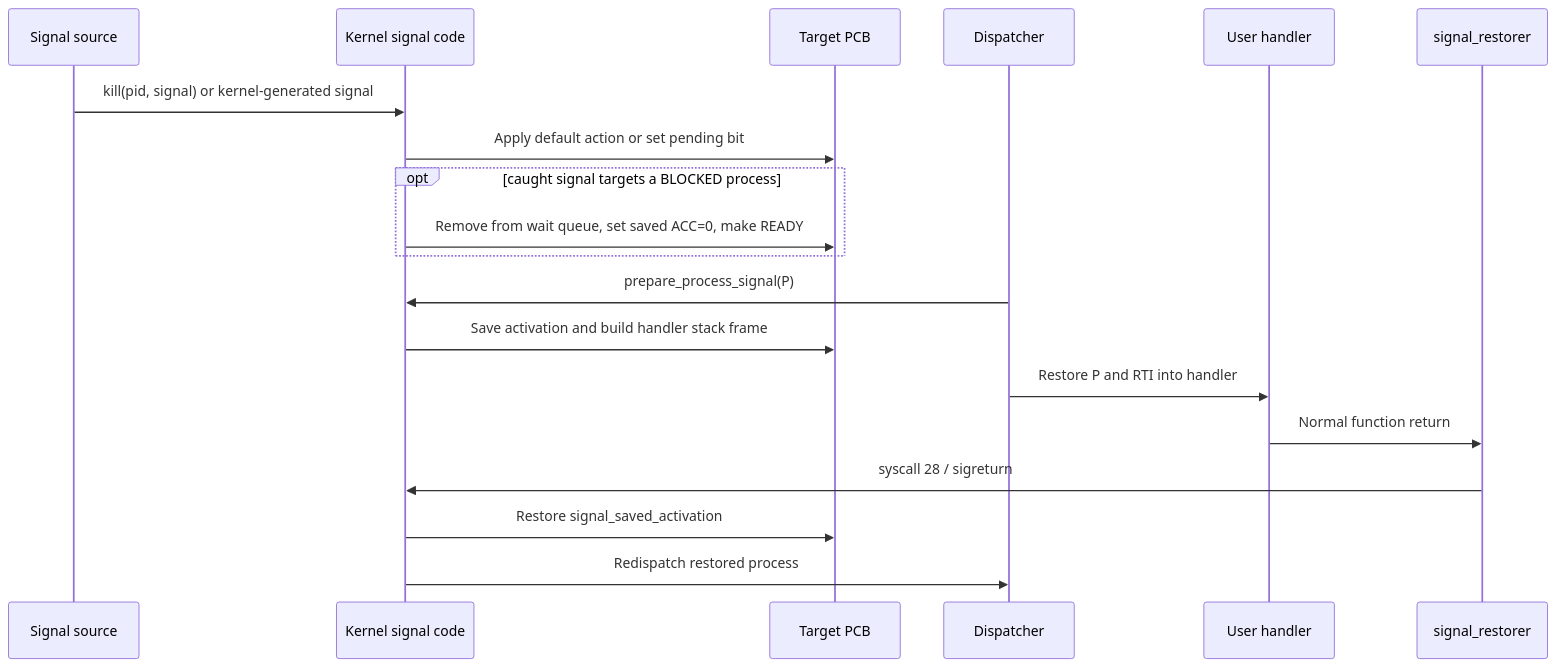
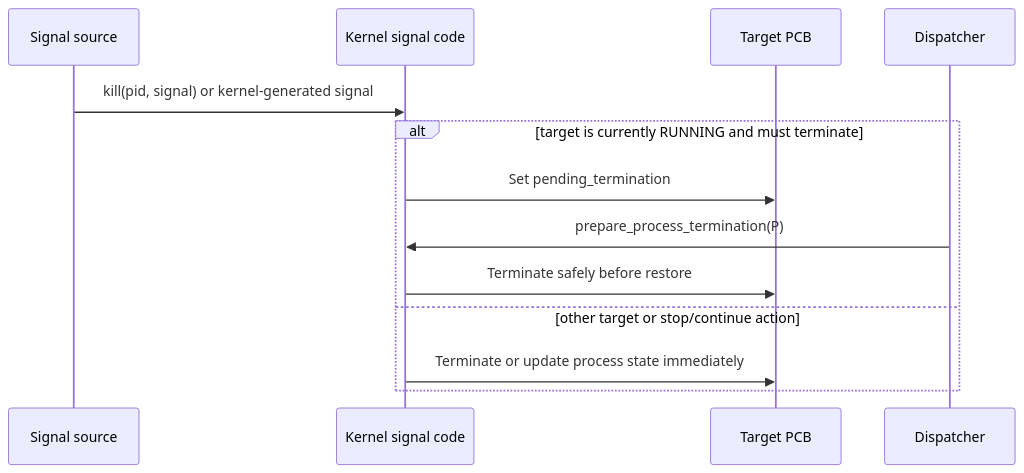
One commit to matthejue/Pico-OS changed diagram 12 of 24 in README.md. Above: the diagram before and after it, drawn with Mermaid. The commit also changed other lines of this file and 25 other files, not shown here.

Commit message:
removed custom signal handlers and kept only the built-in kill, stop, and continue actions. Updated the shell, kill command, tests, and documentation for the simpler signal behavior.

````diff
--- a/README.md
+++ b/README.md
@@ -1473,22 +1466,16 @@
 ```mermaid
 sequenceDiagram
     participant S as Signal source
     participant K as Kernel signal code
     participant P as Target PCB
     participant D as Dispatcher
-    participant H as User handler
-    participant R as signal_restorer
 
     S->>K: kill(pid, signal) or kernel-generated signal
-    K->>P: Apply default action or set pending bit
-    opt caught signal targets a BLOCKED process
-        K->>P: Remove from wait queue, set saved ACC=0, make READY
+    alt target is currently RUNNING and must terminate
+        K->>P: Set pending_termination
+        D->>K: prepare_process_termination(P)
+        K->>P: Terminate safely before restore
+    else other target or stop/continue action
+        K->>P: Terminate or update process state immediately
     end
-    D->>K: prepare_process_signal(P)
-    K->>P: Save activation and build handler stack frame
-    D->>H: Restore P and RTI into handler
-    H->>R: Normal function return
-    R->>K: syscall 28 / sigreturn
-    K->>P: Restore signal_saved_activation
-    K->>D: Redispatch restored process
 ```
````
